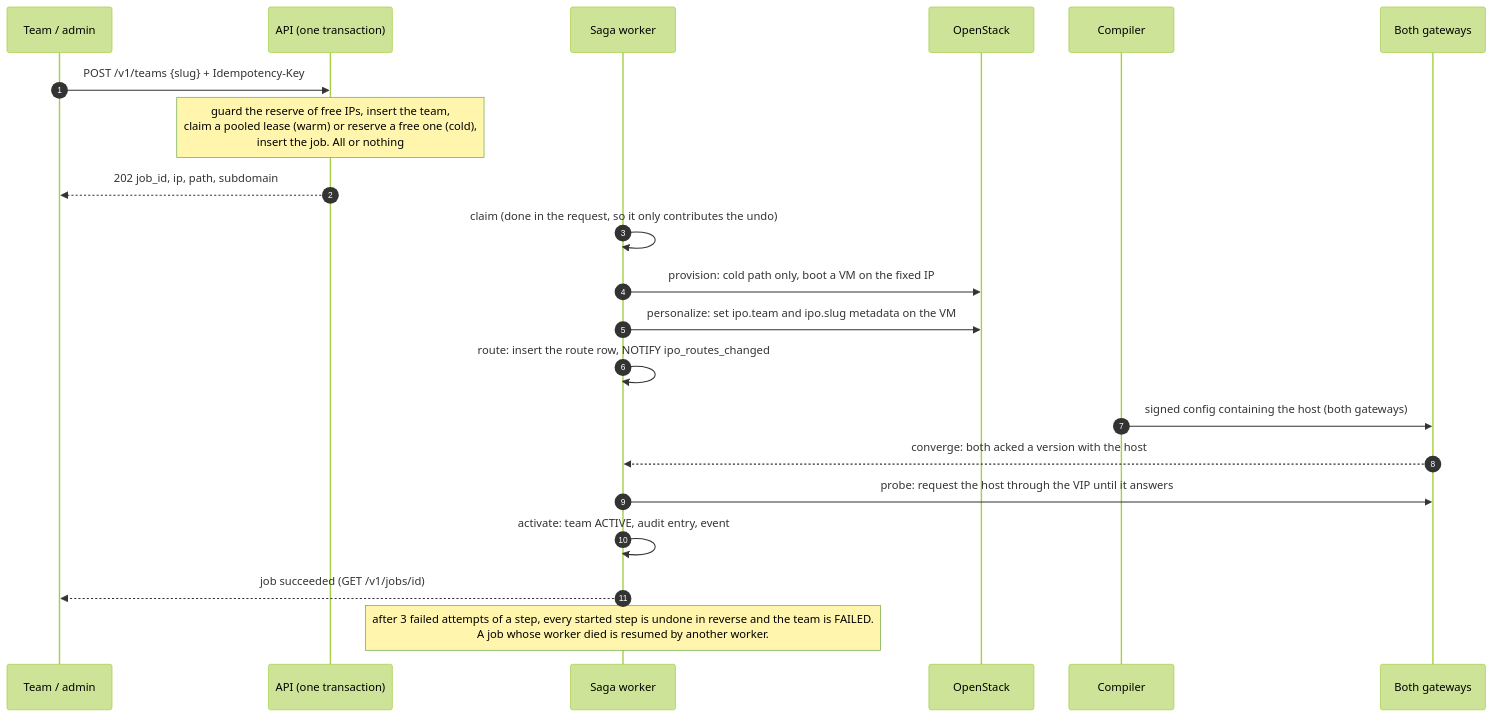
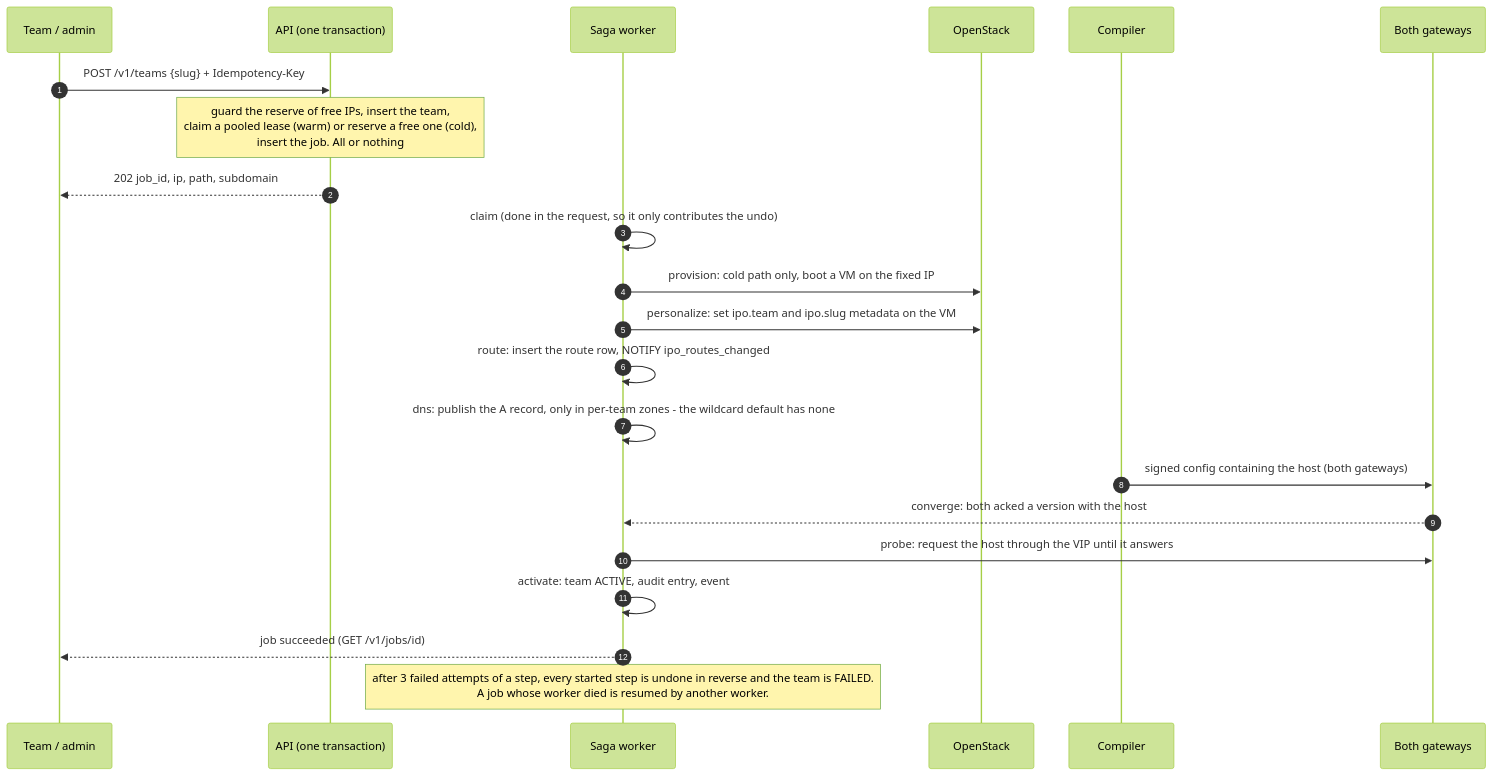
Before and after one commit to Skan22/CSTAM: the diagram in docs/diagrams/registration-saga.mmd, drawn with Mermaid (forest theme). The commit also changed 31 other files, not shown here.

```diff
--- a/docs/diagrams/registration-saga.mmd
+++ b/docs/diagrams/registration-saga.mmd
@@ -1,21 +1,22 @@
 sequenceDiagram
   autonumber
   participant U as Team / admin
   participant API as API (one transaction)
   participant W as Saga worker
   participant OS as OpenStack
   participant CC as Compiler
   participant G as Both gateways
   U->>API: POST /v1/teams {slug} + Idempotency-Key
   Note over API: guard the reserve of free IPs, insert the team,<br/>claim a pooled lease (warm) or reserve a free one (cold),<br/>insert the job. All or nothing
   API-->>U: 202 job_id, ip, path, subdomain
   W->>W: claim (done in the request, so it only contributes the undo)
   W->>OS: provision: cold path only, boot a VM on the fixed IP
   W->>OS: personalize: set ipo.team and ipo.slug metadata on the VM
   W->>W: route: insert the route row, NOTIFY ipo_routes_changed
+  W->>W: dns: publish the A record, only in per-team zones - the wildcard default has none
   CC->>G: signed config containing the host (both gateways)
   G-->>W: converge: both acked a version with the host
   W->>G: probe: request the host through the VIP until it answers
   W->>W: activate: team ACTIVE, audit entry, event
   W-->>U: job succeeded (GET /v1/jobs/id)
   Note over W: after 3 failed attempts of a step, every started step is undone in reverse and the team is FAILED.<br/>A job whose worker died is resumed by another worker.
```
